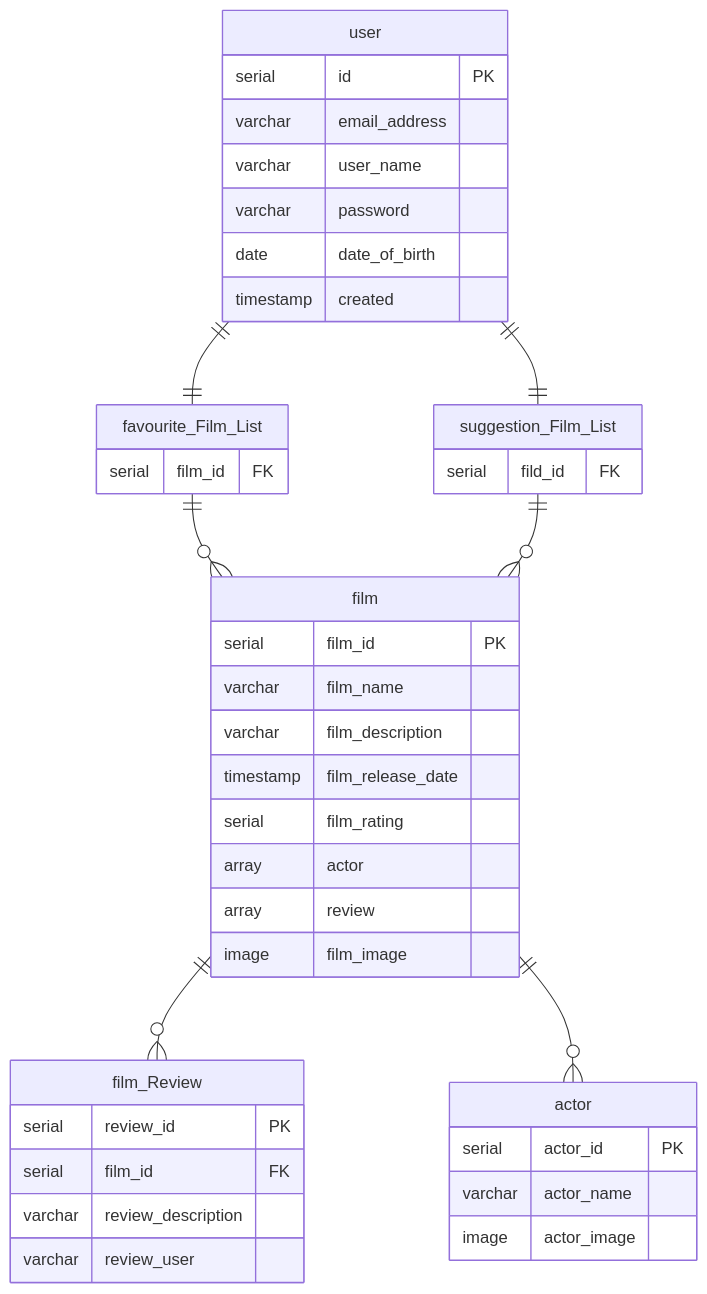
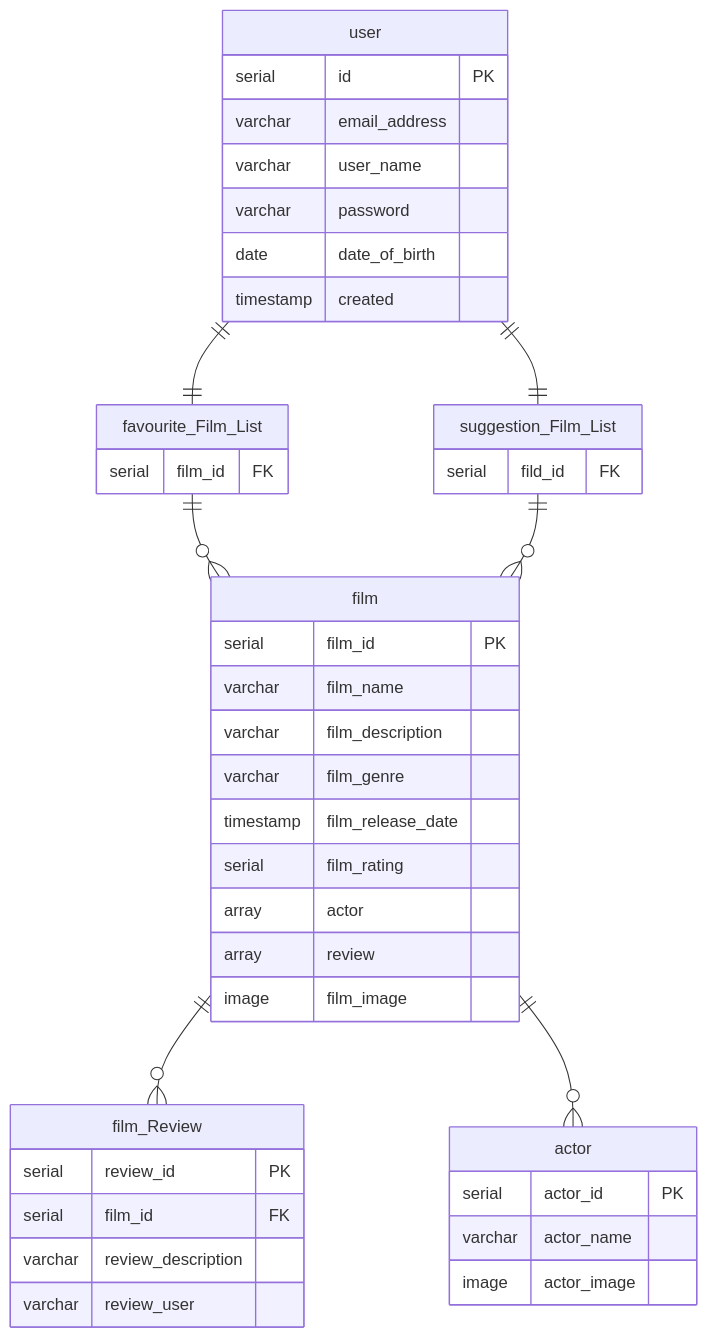
The second of 2 diagrams in README.md (Niall96/HeresAFilm), drawn with Mermaid before and after one commit.

````diff
--- a/README.md
+++ b/README.md
@@ -41,45 +41,46 @@
 ```mermaid
 erDiagram 
  user ||--|| favourite_Film_List : ""
  user ||--|| suggestion_Film_List : ""
  favourite_Film_List ||--o{ film : ""
  suggestion_Film_List ||--o{ film : ""
  film ||--o{ film_Review : ""
  film ||--o{ actor : ""
  
  user {
         serial id PK
         varchar email_address
         varchar user_name
         varchar password
         date date_of_birth
         timestamp created
     }
  favourite_Film_List {
                  serial film_id FK
               }
  suggestion_Film_List {
                   serial fild_id FK
                }
  film {
       serial film_id PK
       varchar film_name
       varchar film_description
+      varchar film_genre
       timestamp film_release_date
       serial film_rating
       array actor
       array review
       image film_image
       }
  film_Review {
              serial review_id PK
              serial film_id FK
              varchar review_description
              varchar review_user
            }
  actor {
        serial actor_id PK
        varchar actor_name
        image actor_image
      }
 ```
````
